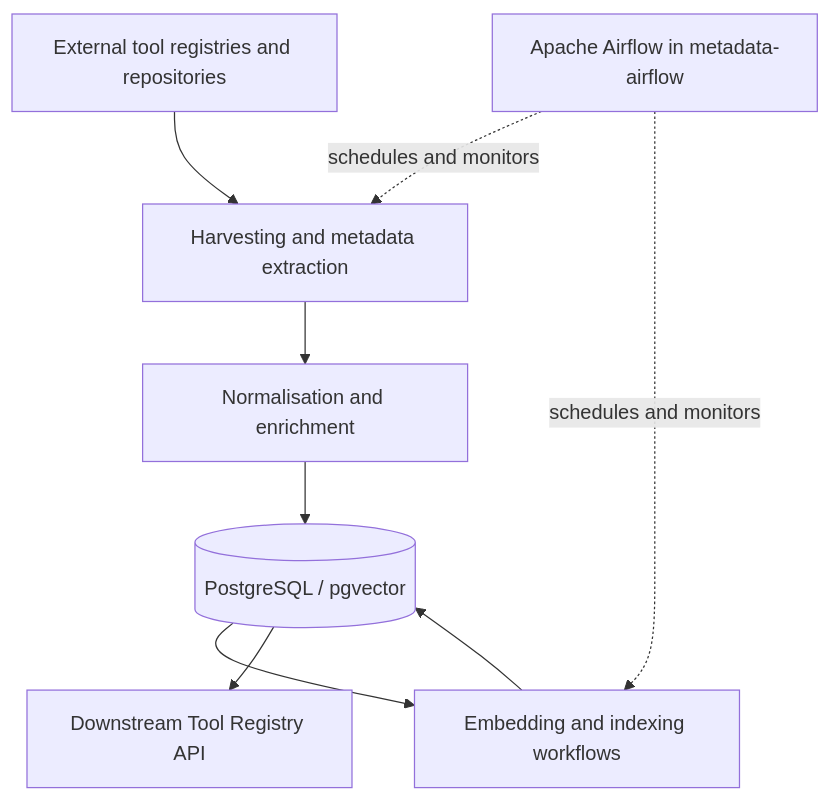
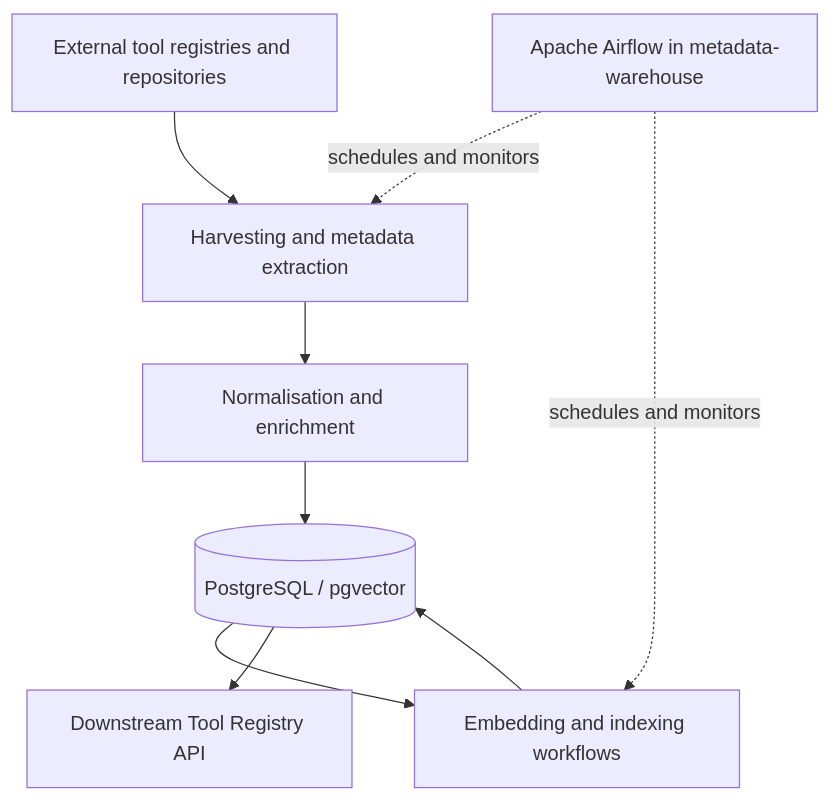
One commit to EOSC-Data-Commons/toolmeta-harvester changed the diagram in README.md. Above: the diagram before and after it, drawn with Mermaid. The commit also changed other lines of this file and 30 other files, not shown here.

````diff
--- a/README.md
+++ b/README.md
@@ -24,11 +24,11 @@
 ```mermaid
 flowchart TD
     S[External tool registries and repositories] --> H[Harvesting and metadata extraction]
     H --> N[Normalisation and enrichment]
     N --> DB[(PostgreSQL / pgvector)]
     DB --> E[Embedding and indexing workflows]
     E --> DB
     DB --> API[Downstream Tool Registry API]
-    A[Apache Airflow in metadata-airflow] -. schedules and monitors .-> H
+    A[Apache Airflow in metadata-warehouse] -. schedules and monitors .-> H
     A -. schedules and monitors .-> E
 ```
````
